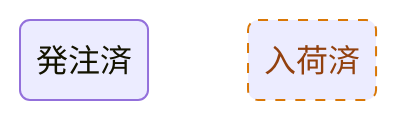
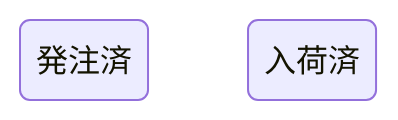
One commit to Nke0628/rdra-webapp changed diagram 27 of 29 in docs/rdra/diagrams.md. Above: the diagram before and after it, drawn with Mermaid. The commit also changed other lines of this file and 8 other files, not shown here.

````diff
--- a/docs/rdra/diagrams.md
+++ b/docs/rdra/diagrams.md
@@ -477,7 +539,5 @@
 ```mermaid
 stateDiagram-v2
   state "発注済" as s1
   state "入荷済" as s2
-  classDef hyp stroke-dasharray:5 5,stroke:#d97706,color:#92400e
-  class s2 hyp
 ```
````
